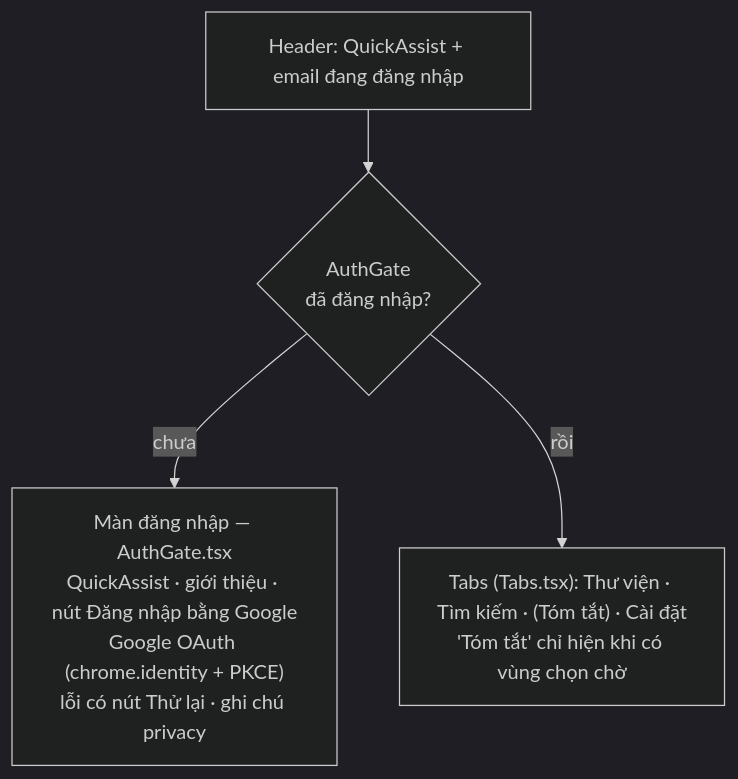
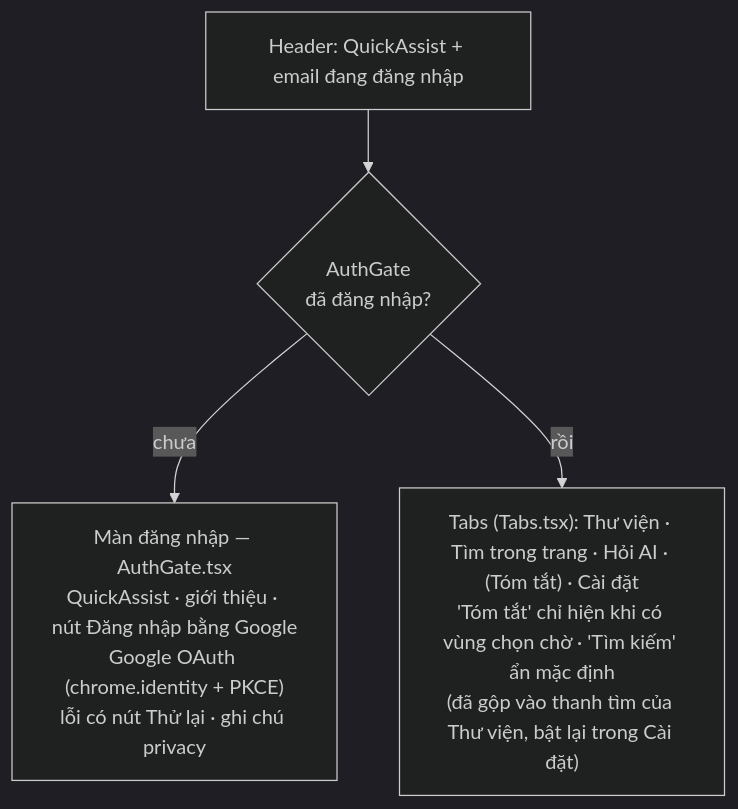
Before and after one commit to watashiwalds/quick-assist-ext: the second of 9 diagrams in docs/ux/ui-map.md, drawn with Mermaid (dark theme). The commit also changed other lines of this file and 13 other files, not shown here.

````diff
--- a/docs/ux/ui-map.md
+++ b/docs/ux/ui-map.md
@@ -42,6 +42,6 @@
 ```mermaid
 flowchart TB
     HDR["Header: QuickAssist + email đang đăng nhập"] --> AUTH{"AuthGate<br/>đã đăng nhập?"}
     AUTH -->|chưa| SIGNIN["Màn đăng nhập — AuthGate.tsx<br/>QuickAssist · giới thiệu · nút Đăng nhập bằng Google<br/>Google OAuth (chrome.identity + PKCE)<br/>lỗi có nút Thử lại · ghi chú privacy"]
-    AUTH -->|rồi| TABS["Tabs (Tabs.tsx): Thư viện · Tìm kiếm · (Tóm tắt) · Cài đặt<br/>'Tóm tắt' chỉ hiện khi có vùng chọn chờ"]
+    AUTH -->|rồi| TABS["Tabs (Tabs.tsx): Thư viện · Tìm trong trang · Hỏi AI · (Tóm tắt) · Cài đặt<br/>'Tóm tắt' chỉ hiện khi có vùng chọn chờ · 'Tìm kiếm' ẩn mặc định<br/>(đã gộp vào thanh tìm của Thư viện, bật lại trong Cài đặt)"]
 ```
````
